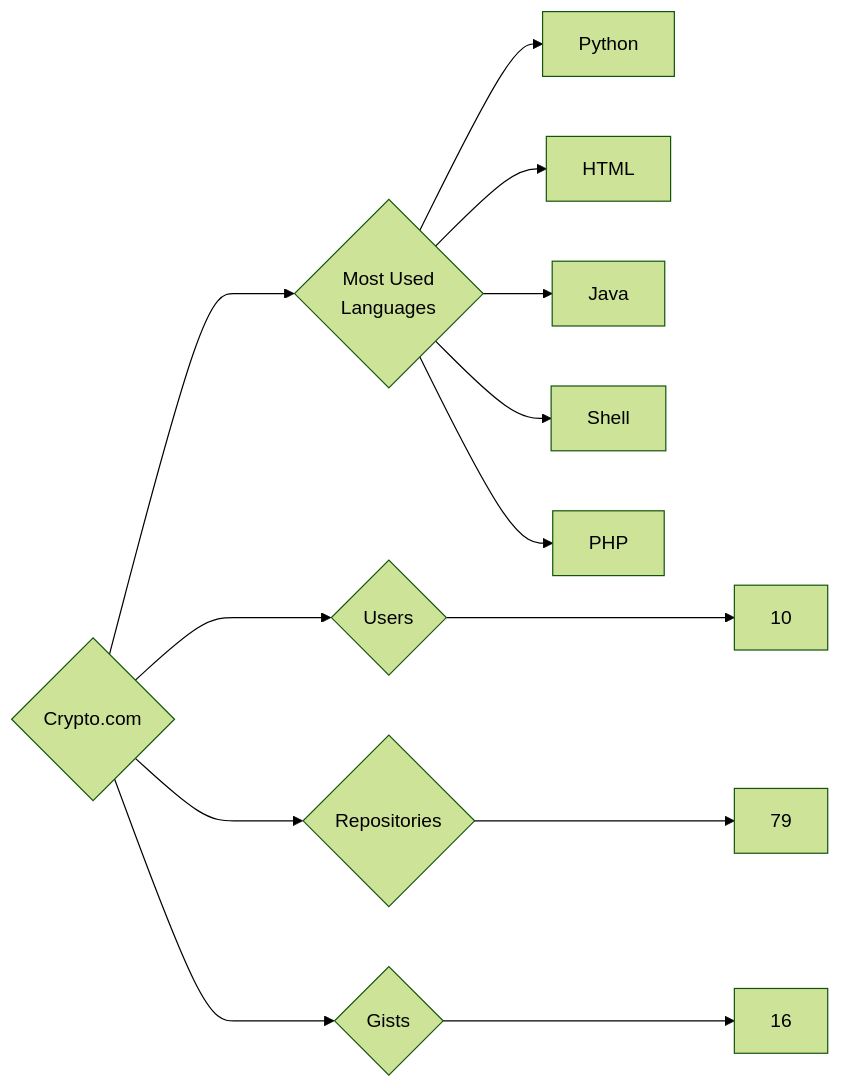
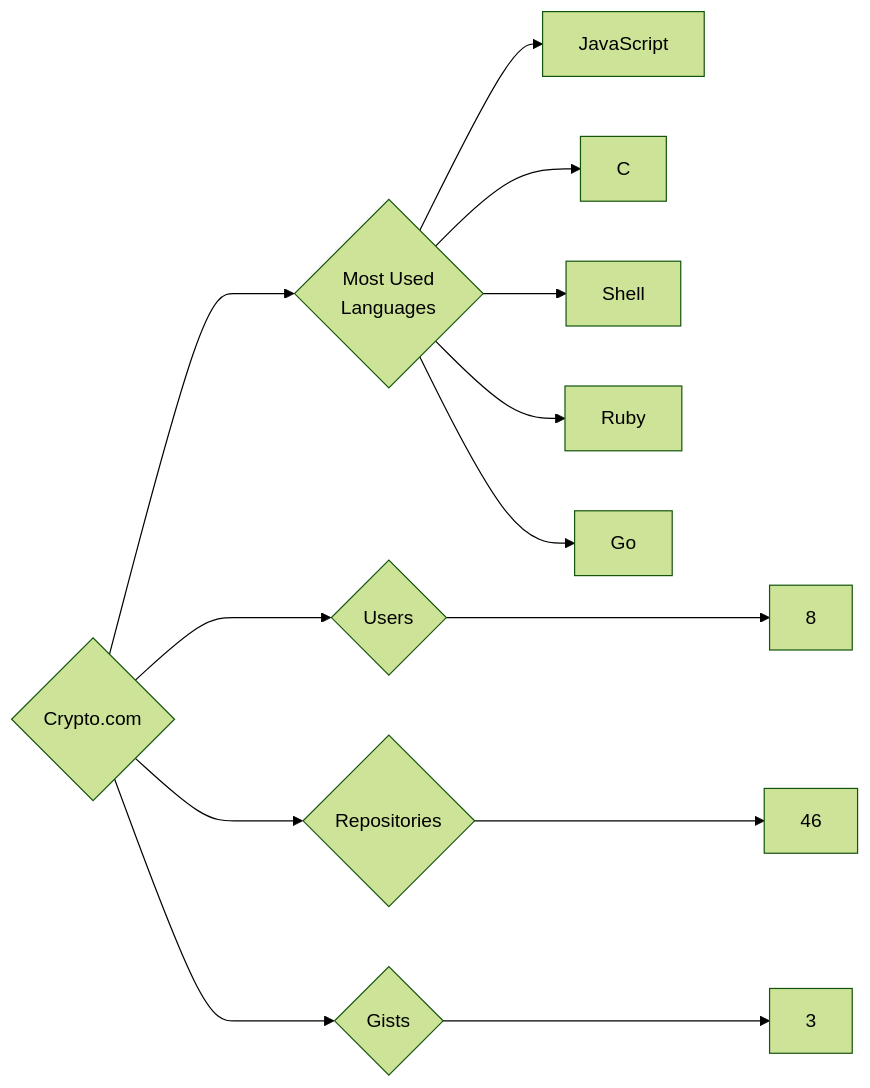
One commit to trickest/insiders changed the diagram in targets/Crypto.com/README.md. Above: the diagram before and after it, drawn with Mermaid (forest theme). The commit also changed 1170 other files, not shown here.

````diff
--- a/targets/Crypto.com/README.md
+++ b/targets/Crypto.com/README.md
@@ -3,13 +3,13 @@
 ```mermaid
 graph LR
 COMPANY_NAME{Crypto.com}
-COMPANY_NAME ---> U{Users} ---> UN[10]
-COMPANY_NAME ---> R{Repositories} ---> RN[79]
-COMPANY_NAME ---> G{Gists} ---> GN[16]
+COMPANY_NAME ---> U{Users} ---> UN[8]
+COMPANY_NAME ---> R{Repositories} ---> RN[46]
+COMPANY_NAME ---> G{Gists} ---> GN[3]
 COMPANY_NAME ---> ML{Most Used<br>Languages}
-ML --> Python[Python]
-ML --> HTML[HTML]
-ML --> Java[Java]
+ML --> JavaScript[JavaScript]
+ML --> C[C]
 ML --> Shell[Shell]
-ML --> PHP[PHP]
+ML --> Ruby[Ruby]
+ML --> Go[Go]
 ```
````
